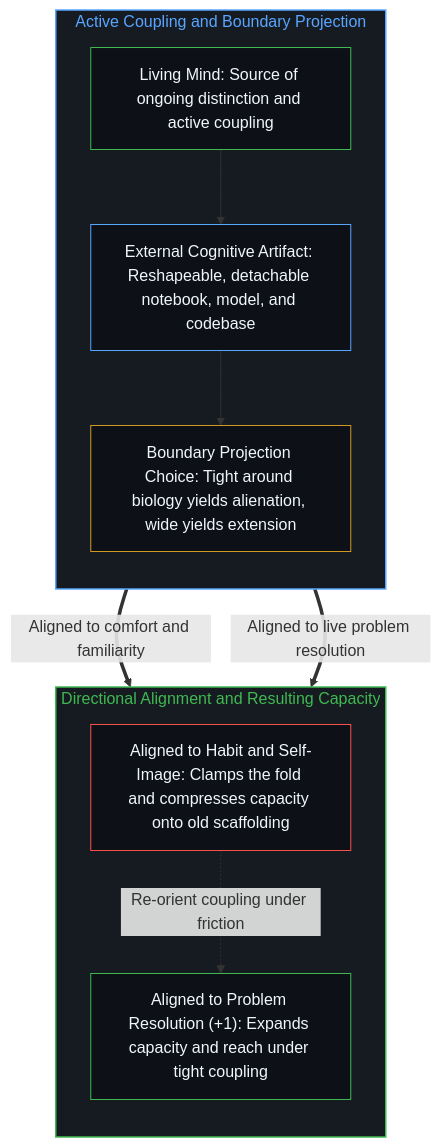
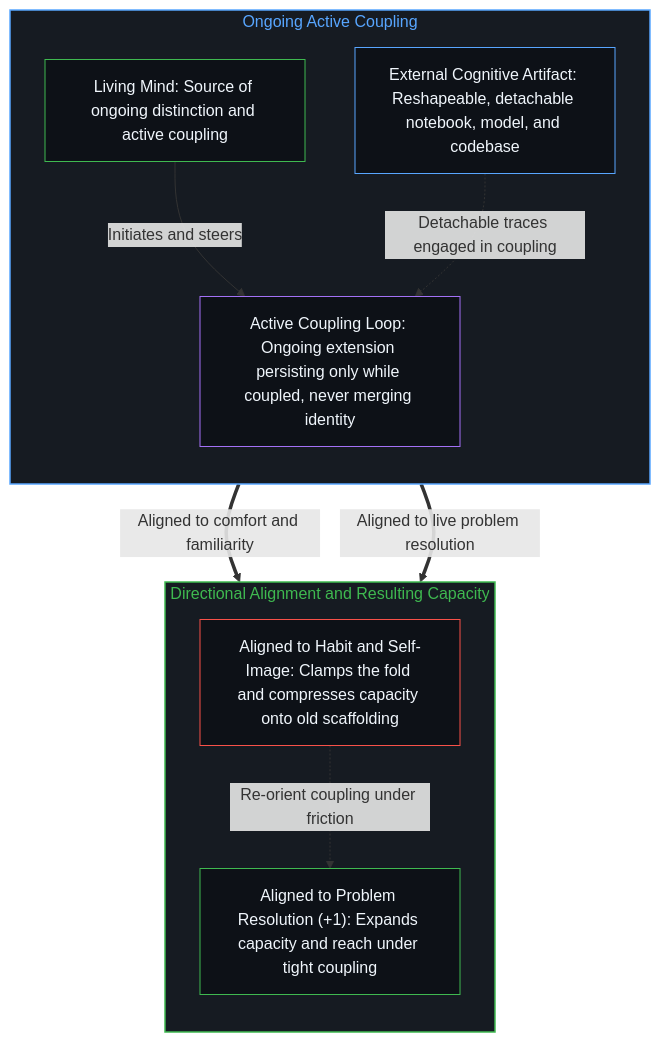
One commit to powerpig99/not-a-toe changed the second of 2 diagrams in content/posts/extended-cognition-refined.md. Above: the diagram before and after it, drawn with Mermaid. The commit also changed other lines of this file and 3 other files, not shown here.

````diff
--- a/content/posts/extended-cognition-refined.md
+++ b/content/posts/extended-cognition-refined.md
@@ -45,25 +46,26 @@
 ```mermaid
 flowchart TD
-    subgraph S_Coupling["Active Coupling and Boundary Projection"]
+    subgraph S_Coupling["Ongoing Active Coupling"]
         direction TB
         Mind["Living Mind: Source of ongoing distinction and active coupling"]
         Tool["External Cognitive Artifact: Reshapeable, detachable notebook, model, and codebase"]
-        Bound["Boundary Projection Choice: Tight around biology yields alienation, wide yields extension"]
-        Mind --> Tool --> Bound
+        Coupling["Active Coupling Loop: Ongoing extension persisting only while coupled, never merging identity"]
+        Mind -->|"Initiates and steers"| Coupling
+        Tool -.->|"Detachable traces engaged in coupling"| Coupling
     end
     subgraph S_Align["Directional Alignment and Resulting Capacity"]
         direction TB
         Comfort["Aligned to Habit and Self-Image: Clamps the fold and compresses capacity onto old scaffolding"]
         Target["Aligned to Problem Resolution (+1): Expands capacity and reach under tight coupling"]
         Comfort -.->|"Re-orient coupling under friction"| Target
     end
-    Bound ==>|"Aligned to comfort and familiarity"| Comfort
-    Bound ==>|"Aligned to live problem resolution"| Target
+    Coupling ==>|"Aligned to comfort and familiarity"| Comfort
+    Coupling ==>|"Aligned to live problem resolution"| Target
     style S_Coupling fill:#161b22,stroke:#58a6ff,stroke-width:1.5px,color:#58a6ff
     style S_Align fill:#161b22,stroke:#3fb950,stroke-width:1.5px,color:#3fb950
     style Mind fill:#0d1117,stroke:#3fb950,stroke-width:1px,color:#f0f6fc
     style Tool fill:#0d1117,stroke:#58a6ff,stroke-width:1px,color:#f0f6fc
-    style Bound fill:#0d1117,stroke:#d29922,stroke-width:1px,color:#f0f6fc
+    style Coupling fill:#0d1117,stroke:#a371f7,stroke-width:1px,color:#f0f6fc
     style Comfort fill:#0d1117,stroke:#f85149,stroke-width:1px,color:#f0f6fc
     style Target fill:#0d1117,stroke:#3fb950,stroke-width:1px,color:#f0f6fc
 ```
````
